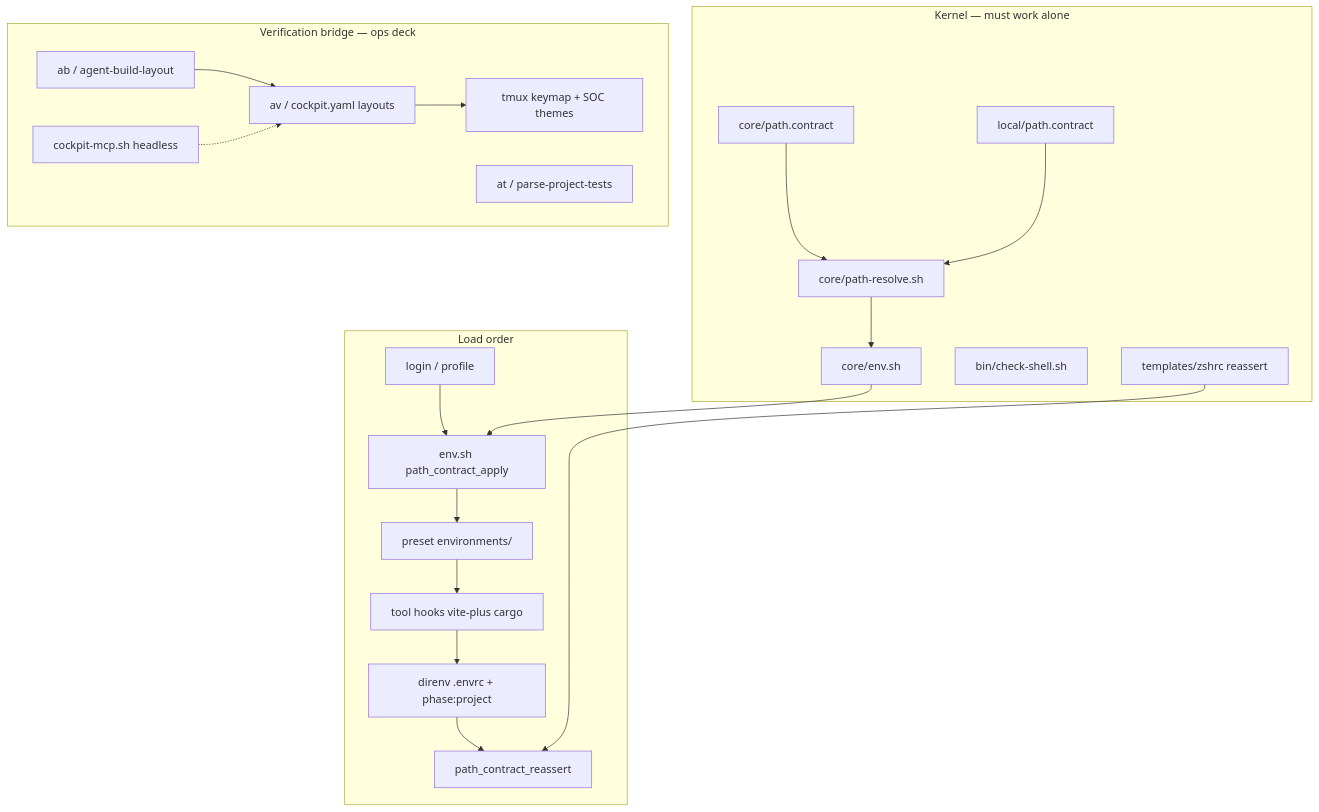
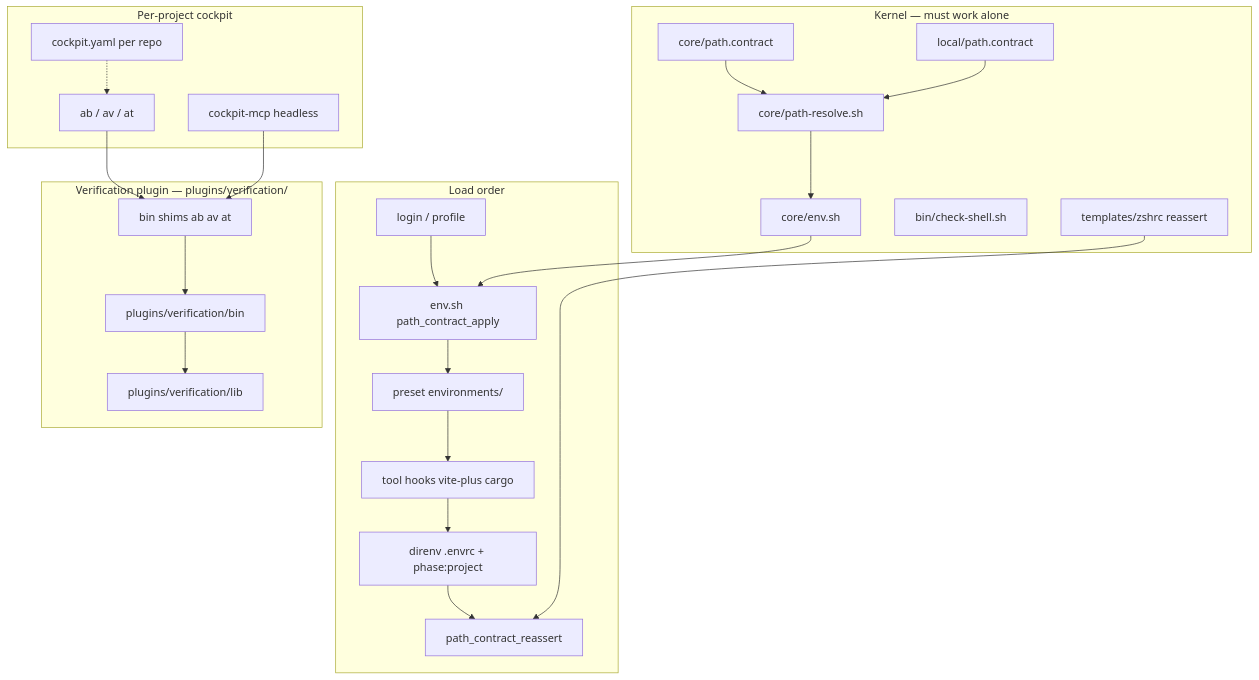
The first of 5 diagrams in arch-design/architecture.md (p10ns11y/shellyxz.sh), drawn with Mermaid before and after one commit. The commit also changed other lines of this file and 4 other files, not shown here.

````diff
--- a/arch-design/architecture.md
+++ b/arch-design/architecture.md
@@ -21,38 +21,44 @@
 ```mermaid
 flowchart TB
   subgraph kernel["Kernel — must work alone"]
     PC[core/path.contract]
     LC[local/path.contract]
     PR[core/path-resolve.sh]
     EN[core/env.sh]
     CH[bin/check-shell.sh]
     RC[templates/zshrc reassert]
   end
 
   subgraph layers["Load order"]
     L1[login / profile]
     L2[env.sh path_contract_apply]
     L3[preset environments/]
     L4[tool hooks vite-plus cargo]
     L5[direnv .envrc + phase:project]
     L6[path_contract_reassert]
   end
 
-  subgraph plugin["Verification bridge — ops deck"]
-    AB[ab / agent-build-layout]
-    AV[av / cockpit.yaml layouts]
-    AT[at / parse-project-tests]
-    MCP[cockpit-mcp.sh headless]
-    TM[tmux keymap + SOC themes]
+  subgraph plugin["Verification plugin — plugins/verification/"]
+    PV[plugins/verification/bin]
+    PLIB[plugins/verification/lib]
+    SHIM[bin shims ab av at]
+  end
+
+  subgraph bridge["Per-project cockpit"]
+    AB[ab / av / at]
+    MCP[cockpit-mcp headless]
+    CY[cockpit.yaml per repo]
   end
 
   L1 --> L2 --> L3 --> L4 --> L5 --> L6
   PC --> PR
   LC --> PR
   PR --> EN
   EN --> L2
   RC --> L6
-  AB --> AV
-  AV --> TM
-  MCP -.-> AV
+  SHIM --> PV
+  PV --> PLIB
+  AB --> SHIM
+  MCP --> SHIM
+  CY -.-> AB
 ```
````
